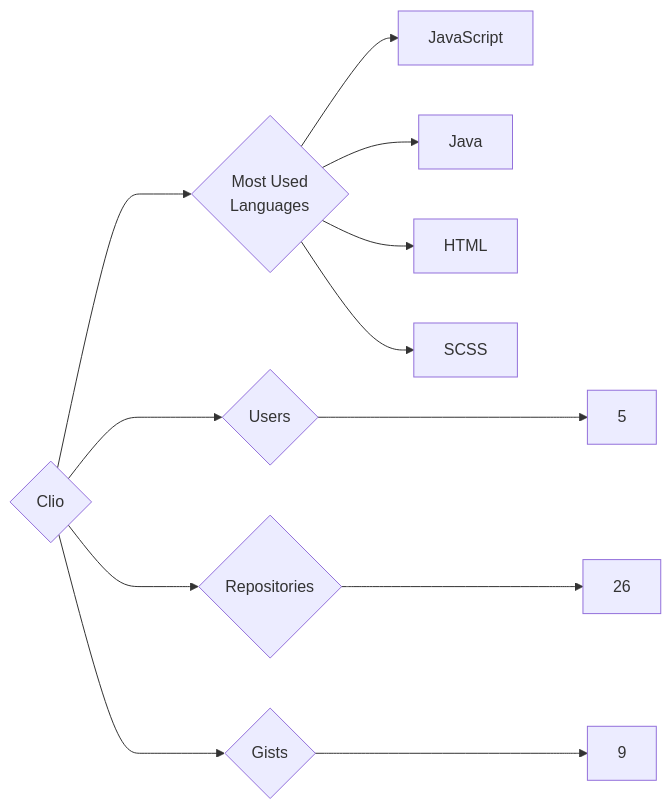
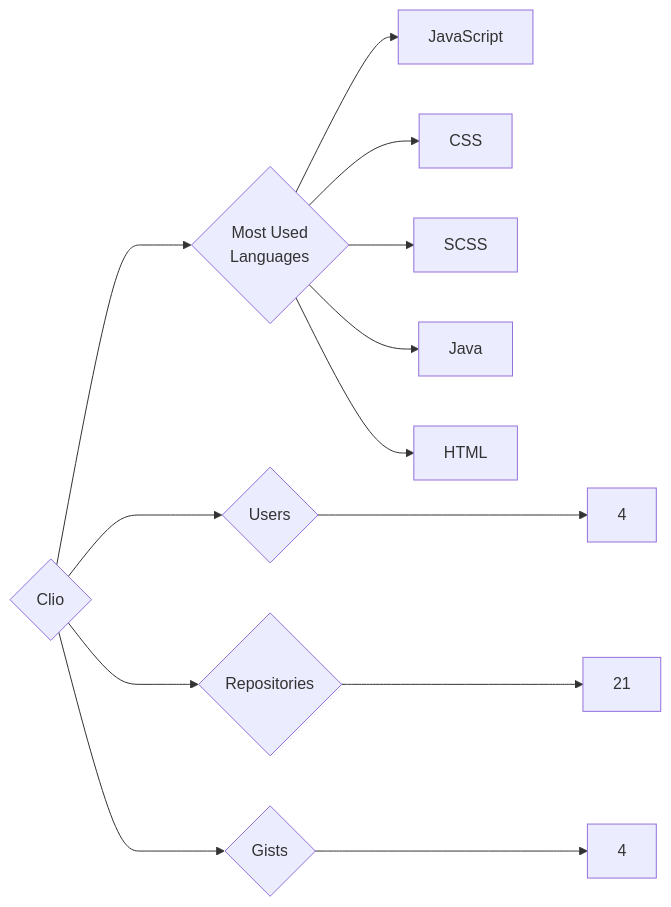
One commit to trickest/insiders changed the diagram in targets/Clio/README.md. Above: the diagram before and after it, drawn with Mermaid. The commit also changed 997 other files, not shown here.

````diff
--- a/targets/Clio/README.md
+++ b/targets/Clio/README.md
@@ -3,12 +3,13 @@
 ```mermaid
 graph LR
 COMPANY_NAME{Clio}
-COMPANY_NAME ---> U{Users} ---> UN[5]
-COMPANY_NAME ---> R{Repositories} ---> RN[26]
-COMPANY_NAME ---> G{Gists} ---> GN[9]
+COMPANY_NAME ---> U{Users} ---> UN[4]
+COMPANY_NAME ---> R{Repositories} ---> RN[21]
+COMPANY_NAME ---> G{Gists} ---> GN[4]
 COMPANY_NAME ---> ML{Most Used<br>Languages}
 ML --> JavaScript[JavaScript]
+ML --> CSS[CSS]
+ML --> SCSS[SCSS]
 ML --> Java[Java]
 ML --> HTML[HTML]
-ML --> SCSS[SCSS]
 ```
````
